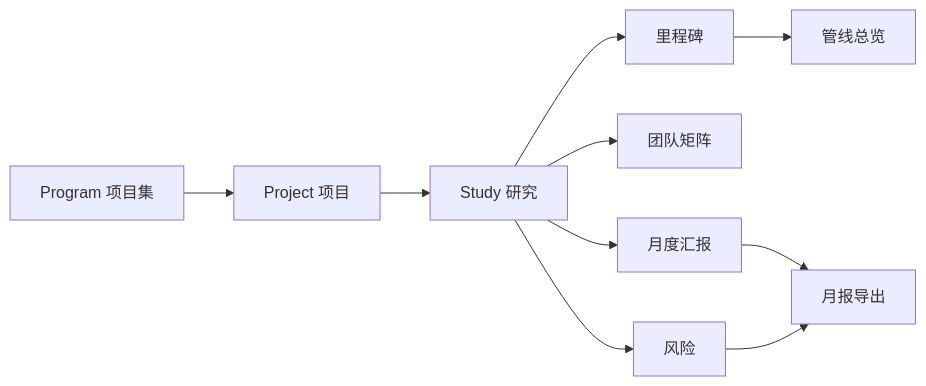
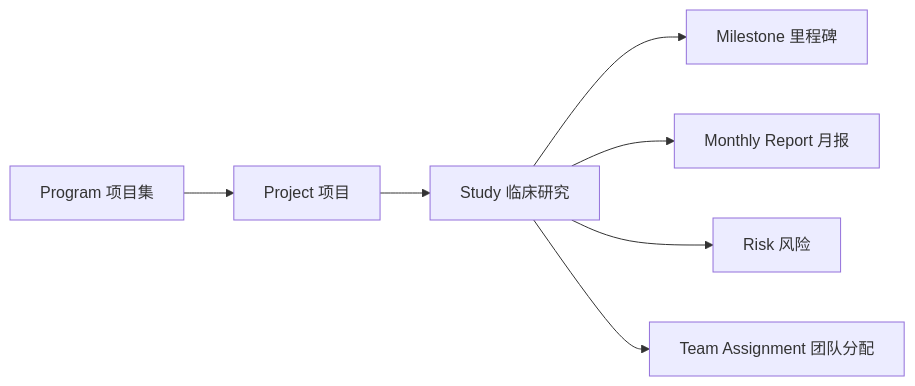
Before and after one commit to hero945/int-service-study-management: the first of 4 diagrams in docs/临床研发管线管理系统_PRD_v1.0.md, drawn with Mermaid. The commit also changed other lines of this file and 5 other files, not shown here.

````diff
--- a/docs/临床研发管线管理系统_PRD_v1.0.md
+++ b/docs/临床研发管线管理系统_PRD_v1.0.md
@@ -63,12 +148,9 @@
 ```mermaid
 flowchart LR
   A[Program 项目集] --> B[Project 项目]
-  B --> C[Study 研究]
-  C --> D[里程碑]
-  C --> E[团队矩阵]
-  C --> F[月度汇报]
-  C --> G[风险]
-  D --> H[管线总览]
-  F --> I[月报导出]
-  G --> I
+  B --> C[Study 临床研究]
+  C --> D[Milestone 里程碑]
+  C --> E[Monthly Report 月报]
+  C --> F[Risk 风险]
+  C --> G[Team Assignment 团队分配]
 ```
````
